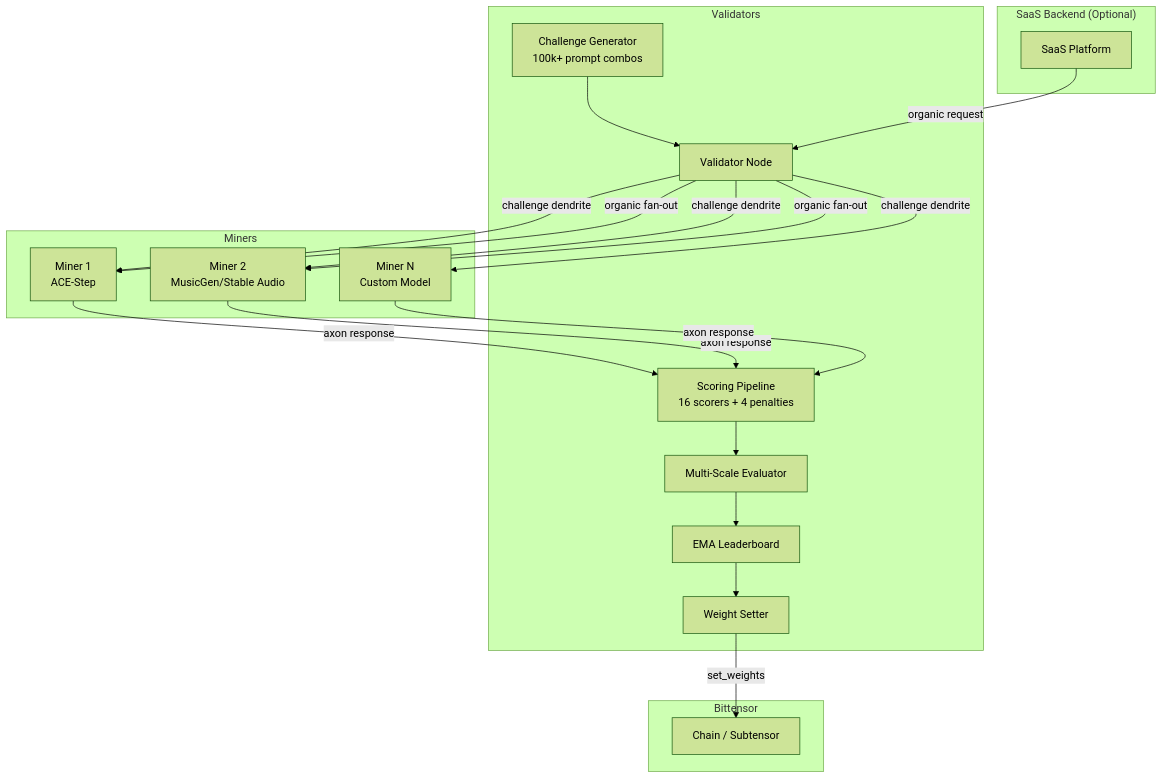
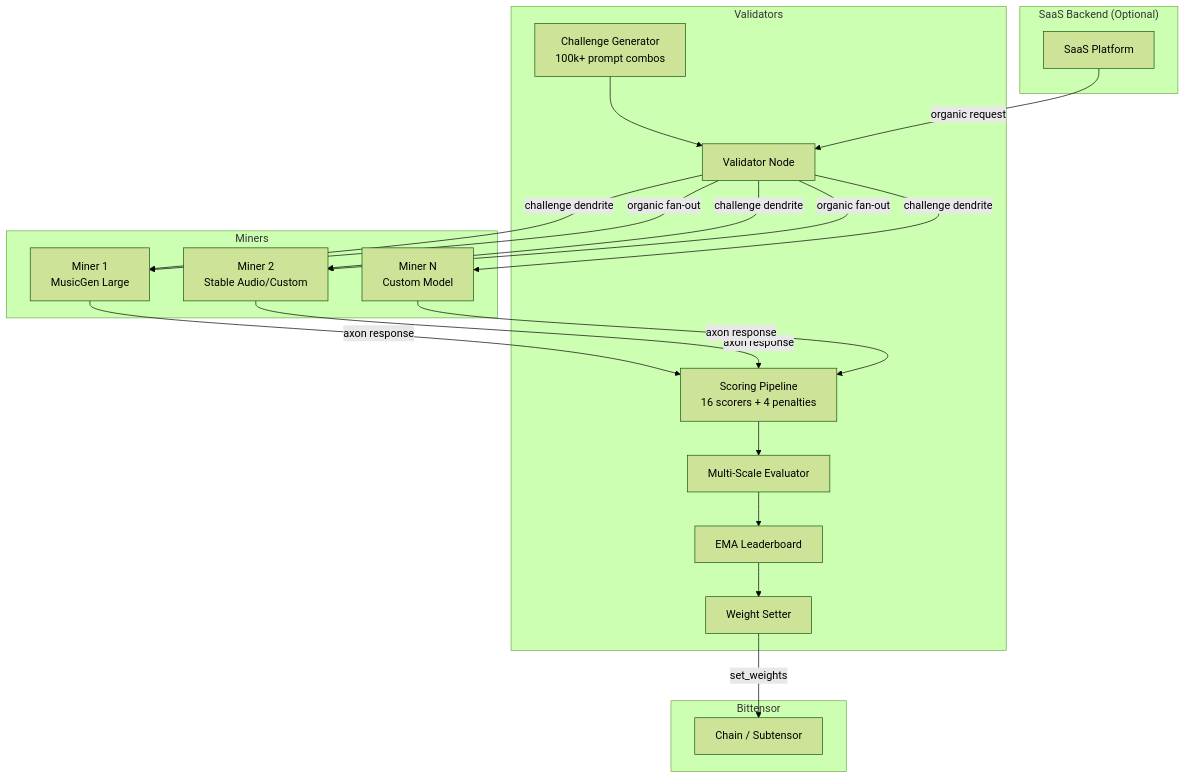
The first of 2 diagrams in README.md (borgg-dev/tuneforge), drawn with Mermaid (forest theme) before and after one commit. The commit also changed other lines of this file and 7 other files, not shown here.

First line of the commit message:
Switch default model to MusicGen Large, add Stable Audio Open as alternative

````diff
--- a/README.md
+++ b/README.md
@@ -36,41 +36,41 @@
 ```mermaid
 graph TB
     subgraph Validators
         V[Validator Node]
         CG[Challenge Generator<br/>100k+ prompt combos]
         SC[Scoring Pipeline<br/>16 scorers + 4 penalties]
         MS[Multi-Scale Evaluator]
         LB[EMA Leaderboard]
         WS[Weight Setter]
     end
 
     subgraph Miners
-        M1[Miner 1<br/>ACE-Step]
-        M2[Miner 2<br/>MusicGen/Stable Audio]
+        M1[Miner 1<br/>MusicGen Large]
+        M2[Miner 2<br/>Stable Audio/Custom]
         M3[Miner N<br/>Custom Model]
     end
 
     subgraph "SaaS Backend (Optional)"
         API[SaaS Platform]
     end
 
     subgraph Bittensor
         CH[Chain / Subtensor]
     end
 
     V -->|challenge dendrite| M1
     V -->|challenge dendrite| M2
     V -->|challenge dendrite| M3
     M1 -->|axon response| SC
     M2 -->|axon response| SC
     M3 -->|axon response| SC
     CG --> V
     SC --> MS
     MS --> LB
     LB --> WS
     WS -->|set_weights| CH
 
     API -->|organic request| V
     V -->|organic fan-out| M1
     V -->|organic fan-out| M2
 ```
````
